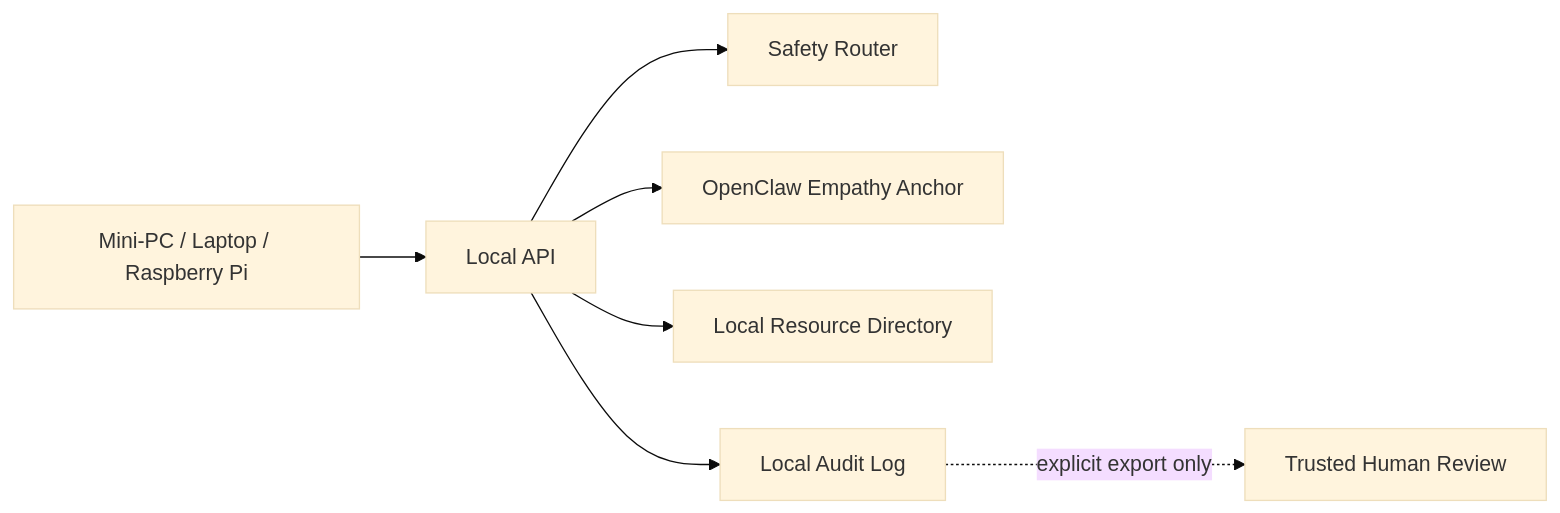
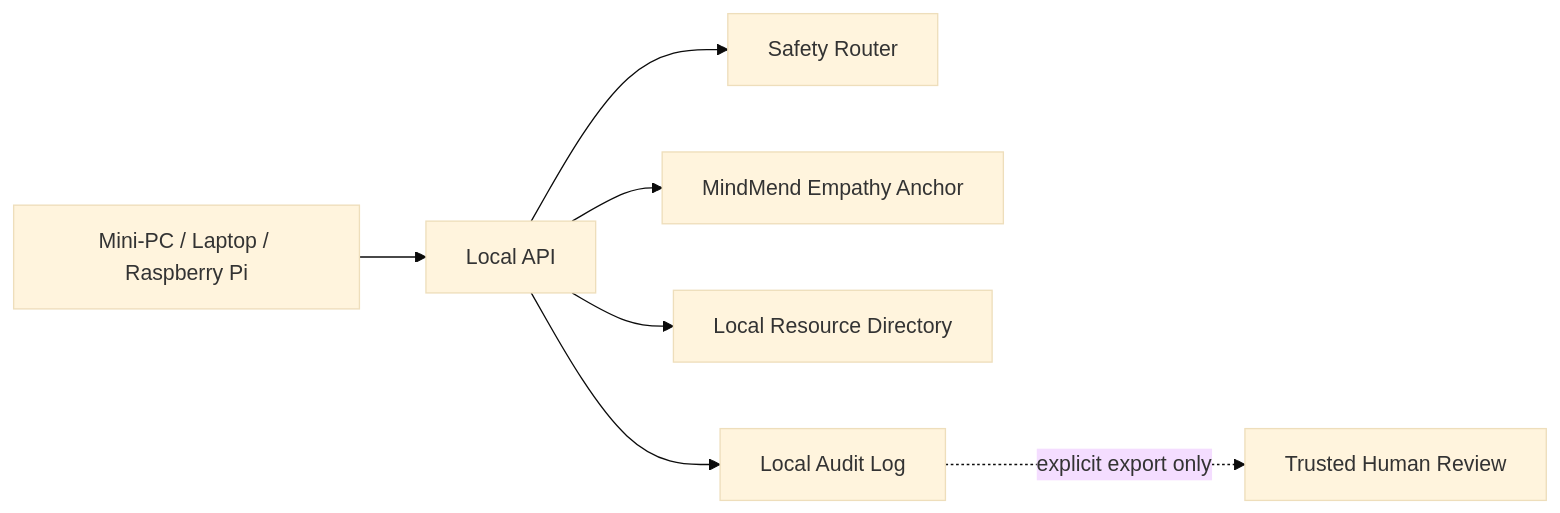
One commit to MiMindMendinc/OpenClaw-Empathy-Anchor-MindMend-OpenClaw- changed the diagram in docs/rural-edge-deployment.md. Above: the diagram before and after it, drawn with Mermaid (base theme). The commit also changed 68 other files, not shown here.

````diff
--- a/docs/rural-edge-deployment.md
+++ b/docs/rural-edge-deployment.md
@@ -17,9 +17,9 @@
 ```mermaid
 flowchart LR
     A[Mini-PC / Laptop / Raspberry Pi] --> B[Local API]
     B --> C[Safety Router]
-    B --> D[OpenClaw Empathy Anchor]
+    B --> D[MindMend Empathy Anchor]
     B --> E[Local Resource Directory]
     B --> F[Local Audit Log]
     F -. explicit export only .-> G[Trusted Human Review]
 ```
````
